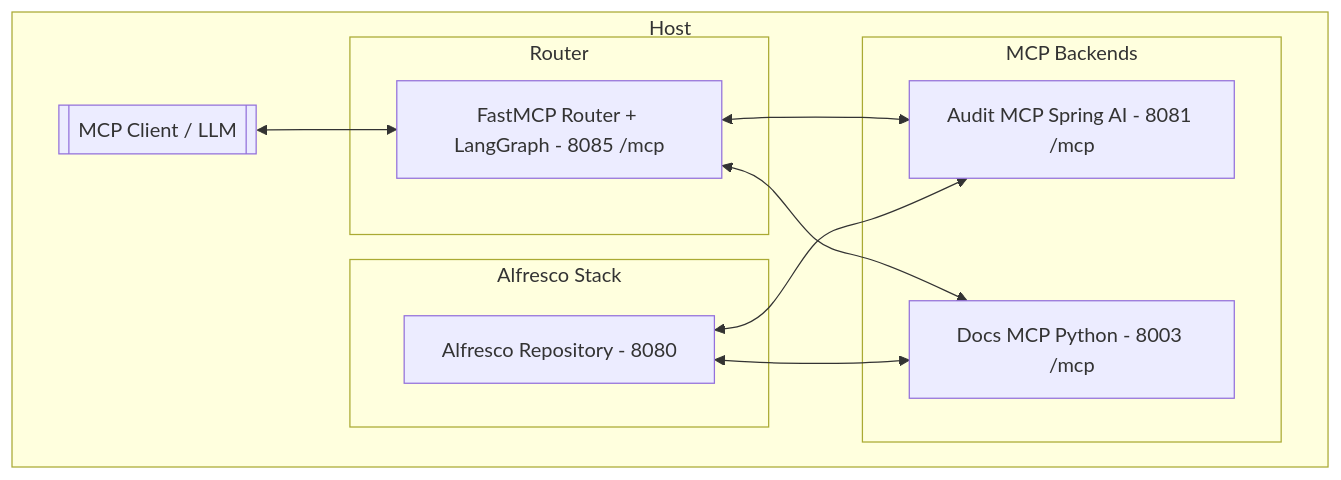
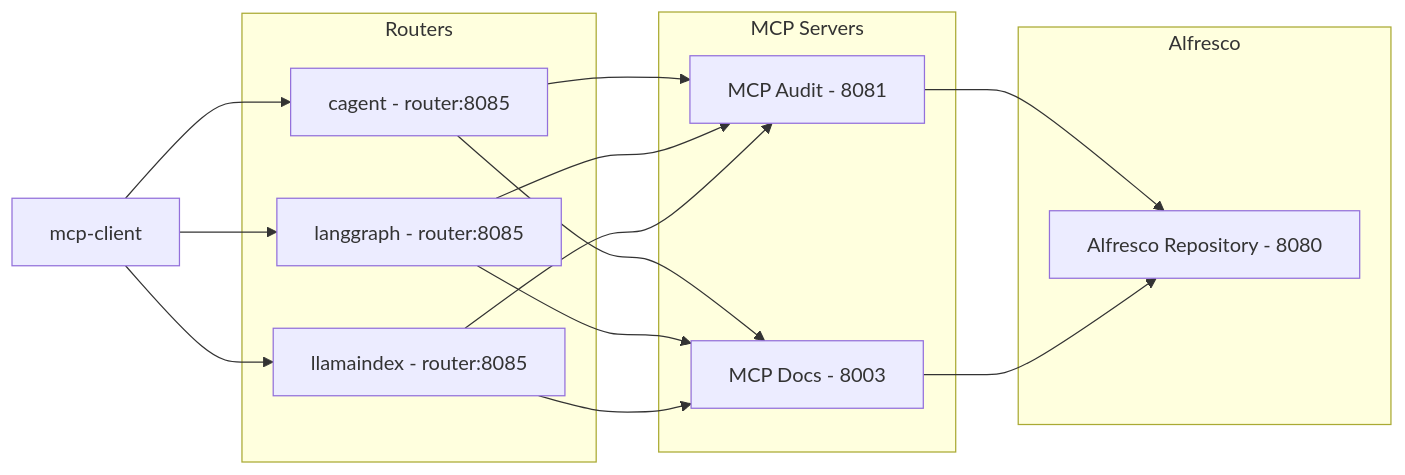
Before and after one commit to aborroy/simple-alfresco-agent-mesh: the diagram in README.md, drawn with Mermaid. The commit also changed other lines of this file and 38 other files, not shown here.

Commit message:
Reorganization to support cagent, langgraph and llamaindex

`````diff
--- a/README.md
+++ b/README.md
@@ -19,26 +43,38 @@
 ```mermaid
-flowchart TB
-    subgraph Host
-    
-      Client[[MCP Client / LLM]]
+flowchart LR
+  %% Client
+  C[mcp-client]
 
-      subgraph "MCP Backends"
-        AMCP[Audit MCP Spring AI - 8081 /mcp]
-        DMCP[Docs MCP Python - 8003 /mcp]
-      end
+  %% Routers
+  subgraph Routers
+    CA[cagent - router:8085]
+    LG[langgraph - router:8085]
+    LI[llamaindex - router:8085]
+  end
 
-      subgraph "Router"
-        R[FastMCP Router + LangGraph - 8085 /mcp]
-      end
+  %% MCP backends
+  subgraph MCP["MCP Servers"]
+    AU[MCP Audit - 8081]
+    DO[MCP Docs - 8003]
+  end
 
-      subgraph "Alfresco Stack"
-        A[Alfresco Repository - 8080]
-      end
+  %% Alfresco core
+  subgraph Alfresco
+    RE[Alfresco Repository - 8080]
+  end
 
-      Client <--> R
-      R <--> AMCP
-      R <--> DMCP
-      A <--> AMCP
-      A <--> DMCP
-    end
-```
+  %% Connections
+  C --> CA
+  C --> LG
+  C --> LI
+
+  CA --> AU
+  CA --> DO
+  LG --> AU
+  LG --> DO
+  LI --> AU
+  LI --> DO
+
+  AU --> RE
+  DO --> RE
+````
`````
